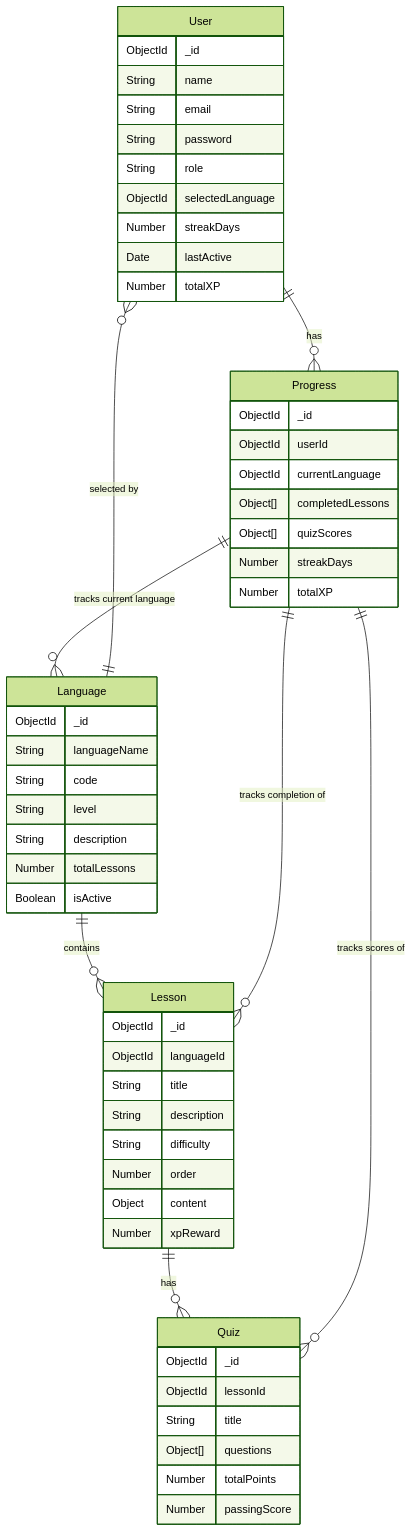
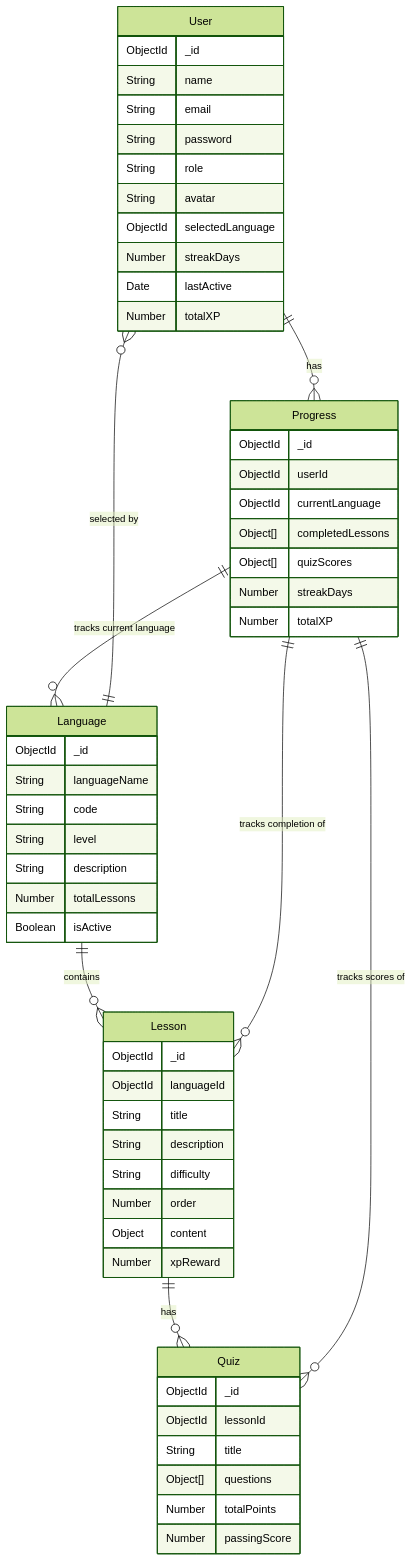
The second of 2 diagrams in architecture_and_er.md (arpan-pramanik/Speakease-FullStack-Project), drawn with Mermaid (forest theme) before and after one commit. The commit also changed other lines of this file and 2 other files, not shown here.

````diff
--- a/architecture_and_er.md
+++ b/architecture_and_er.md
@@ -48,61 +61,62 @@
 ```mermaid
 erDiagram
     User ||--o{ Progress : "has"
     User {
         ObjectId _id
         String name
         String email
         String password
         String role
+        String avatar
         ObjectId selectedLanguage
         Number streakDays
         Date lastActive
         Number totalXP
     }
 
     Language ||--o{ User : "selected by"
     Language ||--o{ Lesson : "contains"
     Language {
         ObjectId _id
         String languageName
         String code
         String level
         String description
         Number totalLessons
         Boolean isActive
     }
 
     Lesson ||--o{ Quiz : "has"
     Lesson {
         ObjectId _id
         ObjectId languageId
         String title
         String description
         String difficulty
         Number order
         Object content
         Number xpReward
     }
 
     Quiz {
         ObjectId _id
         ObjectId lessonId
         String title
         Object[] questions
         Number totalPoints
         Number passingScore
     }
 
     Progress ||--o{ Lesson : "tracks completion of"
     Progress ||--o{ Quiz : "tracks scores of"
     Progress ||--o{ Language : "tracks current language"
     Progress {
         ObjectId _id
         ObjectId userId
         ObjectId currentLanguage
         Object[] completedLessons
         Object[] quizScores
         Number streakDays
         Number totalXP
     }
 ```
````
